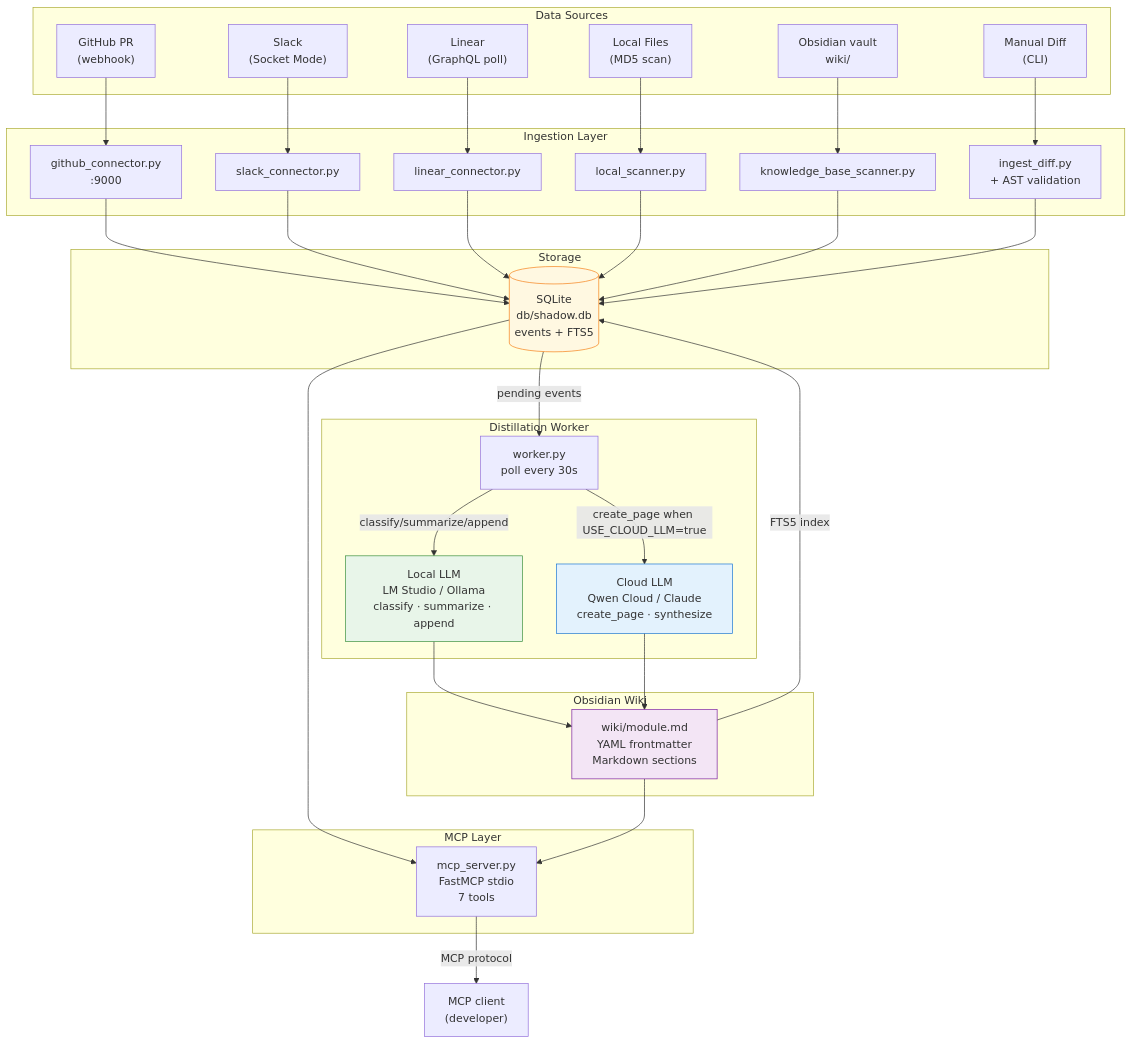
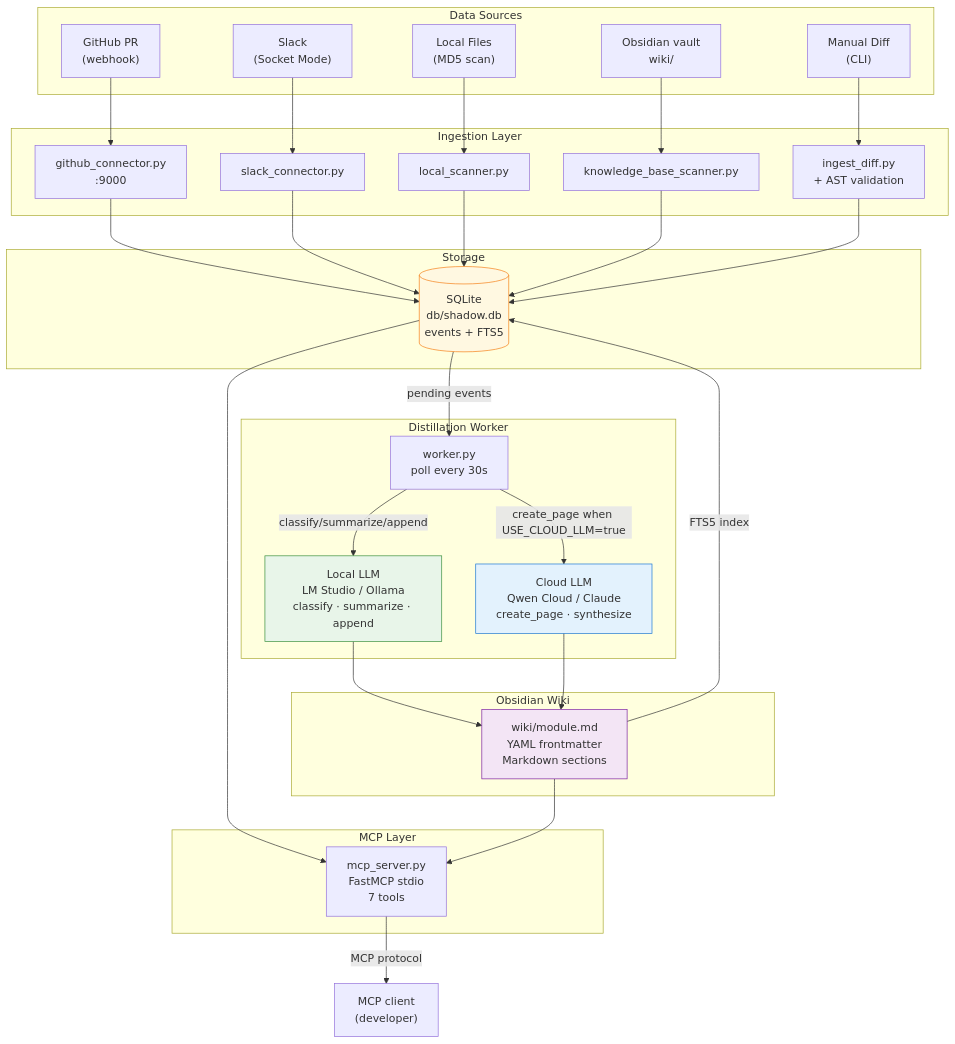
The diagram in docs/architecture.md (thomaschen-tw/shadow-wiki), drawn with Mermaid before and after one commit. The commit also changed other lines of this file and 9 other files, not shown here.

````diff
--- a/docs/architecture.md
+++ b/docs/architecture.md
@@ -84,65 +84,62 @@
 ```mermaid
 flowchart TD
     subgraph sources["Data Sources"]
         GH["GitHub PR\n(webhook)"]
         SL["Slack\n(Socket Mode)"]
-        LI["Linear\n(GraphQL poll)"]
         FS["Local Files\n(MD5 scan)"]
         KB["Obsidian vault\nwiki/"]
         CLI["Manual Diff\n(CLI)"]
     end
 
     subgraph ingest["Ingestion Layer"]
         GH_C["github_connector.py\n:9000"]
         SL_C["slack_connector.py"]
-        LI_C["linear_connector.py"]
         LS_C["local_scanner.py"]
         KB_C["knowledge_base_scanner.py"]
         ID["ingest_diff.py\n+ AST validation"]
     end
 
     subgraph storage["Storage"]
         DB[("SQLite\ndb/shadow.db\nevents + FTS5")]
     end
 
     subgraph worker["Distillation Worker"]
         W["worker.py\npoll every 30s"]
         LOCAL["Local LLM\nLM Studio / Ollama\nclassify · summarize · append"]
         CLOUD["Cloud LLM\nQwen Cloud / Claude\ncreate_page · synthesize"]
     end
 
     subgraph wiki["Obsidian Wiki"]
         MD["wiki/module.md\nYAML frontmatter\nMarkdown sections"]
     end
 
     subgraph mcp["MCP Layer"]
         MCP["mcp_server.py\nFastMCP stdio\n7 tools"]
     end
 
     CC["MCP client\n(developer)"]
 
     GH --> GH_C
     SL --> SL_C
-    LI --> LI_C
     FS --> LS_C
     KB --> KB_C
     CLI --> ID
 
-    GH_C & SL_C & LI_C & LS_C & KB_C & ID --> DB
+    GH_C & SL_C & LS_C & KB_C & ID --> DB
 
     DB -->|pending events| W
     W -->|classify/summarize/append| LOCAL
     W -->|create_page when USE_CLOUD_LLM=true| CLOUD
 
     LOCAL & CLOUD --> MD
     MD -->|FTS5 index| DB
 
     DB --> MCP
     MD --> MCP
     MCP -->|MCP protocol| CC
 
     style LOCAL fill:#e8f5e9,stroke:#388e3c
     style CLOUD fill:#e3f2fd,stroke:#1976d2
     style DB fill:#fff8e1,stroke:#f57f17
     style MD fill:#f3e5f5,stroke:#7b1fa2
 ```
````
